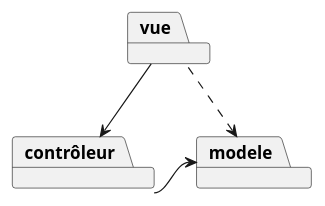
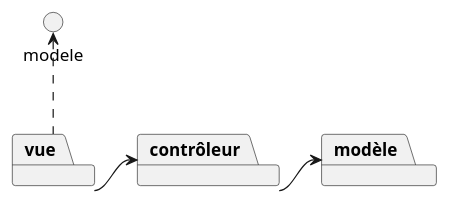
Before and after one commit to tgoubin/mvc-example: the first of 2 diagrams in src/main/doc/readme.adoc, drawn with PlantUML. The commit also changed 4 other files, not shown here.

```diff
--- a/src/main/doc/readme.adoc
+++ b/src/main/doc/readme.adoc
@@ -9,14 +9,14 @@
 [plantuml, "modele-mvc", png]  
 ----
 @startuml
 
-package modele
+package modèle
 package contrôleur
 package vue
 
 vue -> contrôleur
-contrôleur -> modele
+contrôleur -> modèle
 modele <.. vue
 
 @enduml
 ----
```
